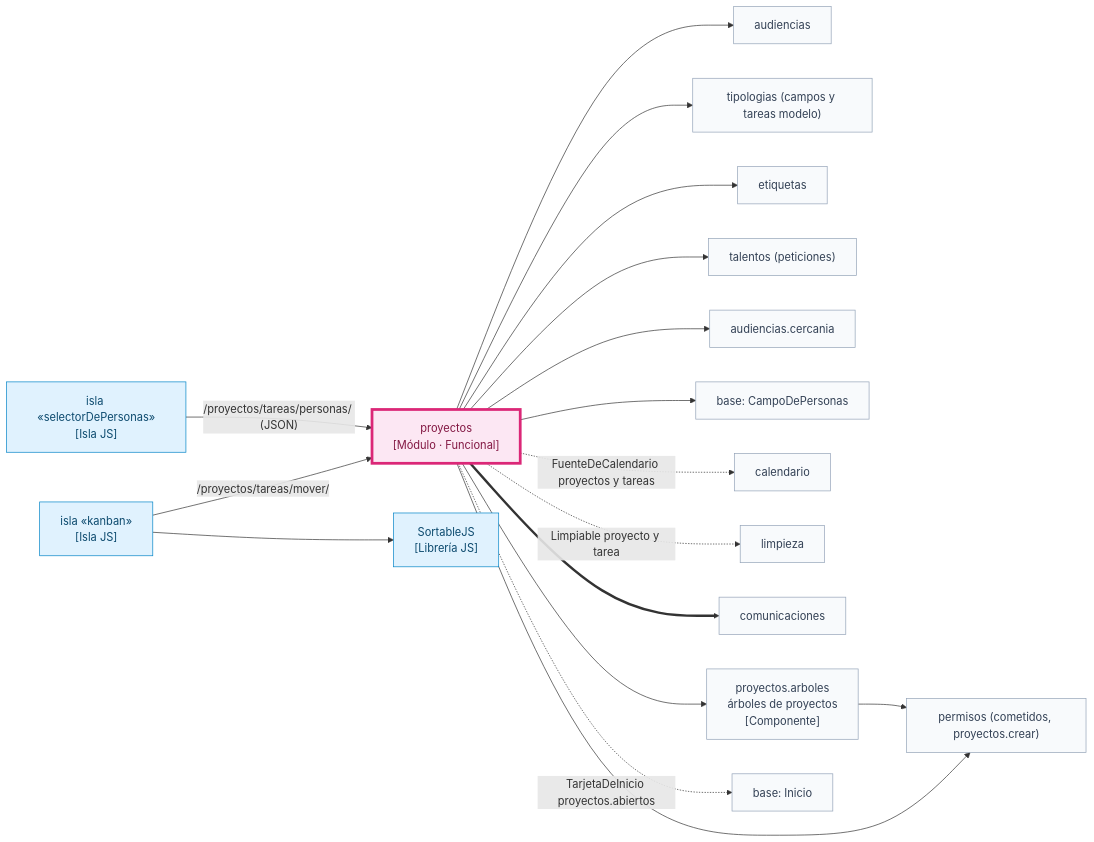
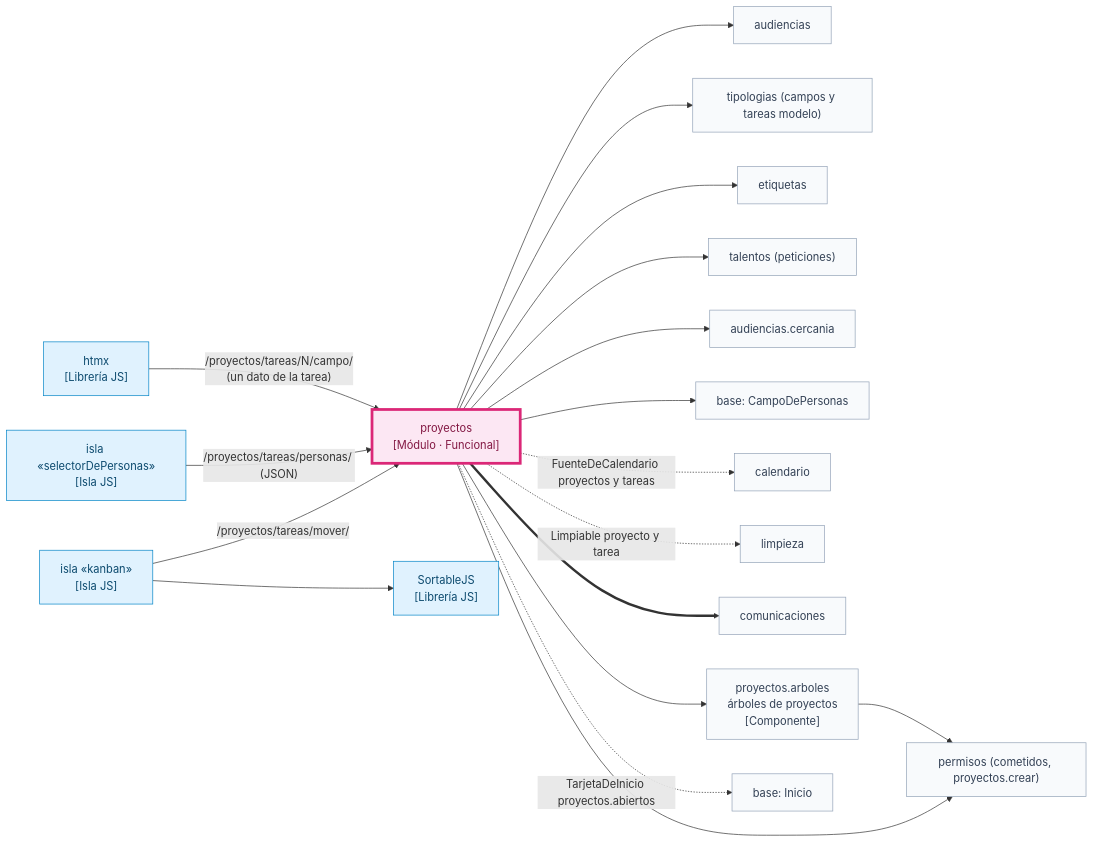
Diagram 22 of 34 in docs/arquitectura.md (chemabc/groupy), drawn with Mermaid before and after one commit. The commit also changed 13 other files, not shown here.

First line of the commit message:
Ficha de tarea: camino de proyectos y cambiar lo escrito encima

````diff
--- a/docs/arquitectura.md
+++ b/docs/arquitectura.md
@@ -662,38 +662,40 @@
 ```mermaid
 flowchart LR
   classDef yo fill:#fce7f3,stroke:#db2777,stroke-width:4px,color:#831843
   classDef otro fill:#f8fafc,stroke:#94a3b8,color:#334155
   classDef libjs fill:#e0f2fe,stroke:#0284c7,color:#0c4a6e
   pro["proyectos<br/>[Módulo · Funcional]"]:::yo
   aud["audiencias"]:::otro
   per["permisos (cometidos, proyectos.crear)"]:::otro
   tip["tipologias (campos y tareas modelo)"]:::otro
   eti["etiquetas"]:::otro
   tal["talentos (peticiones)"]:::otro
   kan["isla «kanban»<br/>[Isla JS]"]:::libjs
   sor["SortableJS<br/>[Librería JS]"]:::libjs
   selp["isla «selectorDePersonas»<br/>[Isla JS]"]:::libjs
   cerca["audiencias.cercania"]:::otro
   bas["base: CampoDePersonas"]:::otro
   cal["calendario"]:::otro
   lim["limpieza"]:::otro
   com["comunicaciones"]:::otro
   pro --> aud
   pro --> per
   pro --> tip
   pro --> eti
   pro --> tal
   kan -- "/proyectos/tareas/mover/" --> pro
   kan --> sor
   pro --> cerca
   pro --> bas
   selp -- "/proyectos/tareas/personas/ (JSON)" --> pro
+  htmx["htmx<br/>[Librería JS]"]:::libjs
+  htmx -- "/proyectos/tareas/N/campo/<br/>(un dato de la tarea)" --> pro
   pro -. "FuenteDeCalendario proyectos y tareas" .-> cal
   pro -. "Limpiable proyecto y tarea" .-> lim
   pro ==> com
   arbp["proyectos.arboles<br/>árboles de proyectos<br/>[Componente]"]:::otro
   arbp --> per
   pro --> arbp
   ini["base: Inicio"]:::otro
   pro -. "TarjetaDeInicio proyectos.abiertos" .-> ini
 ```
````
